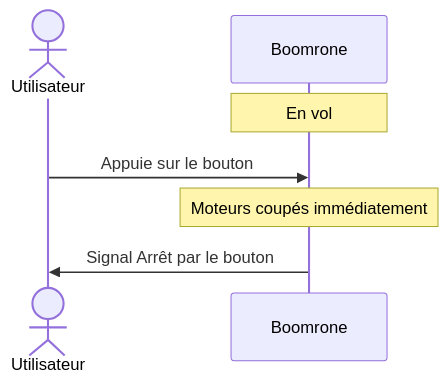
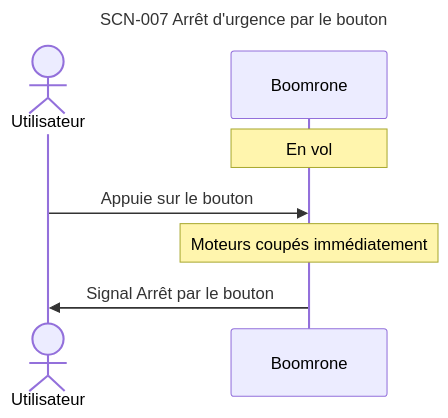
The ninth of 13 diagrams in projets/boomrone/00-scenarios.md (thourymatthieu-png/coworker_archi_system), drawn with Mermaid before and after one commit. The commit also changed other lines of this file and 3 other files, not shown here.

````diff
--- a/projets/boomrone/00-scenarios.md
+++ b/projets/boomrone/00-scenarios.md
@@ -247,9 +296,12 @@
 ```mermaid
+---
+title: "SCN-007 Arrêt d'urgence par le bouton"
+---
 sequenceDiagram
     actor U as Utilisateur
     participant D as Boomrone
     Note over D: En vol
     U->>D: Appuie sur le bouton
     Note over D: Moteurs coupés immédiatement
     D->>U: Signal Arrêt par le bouton
 ```
````
